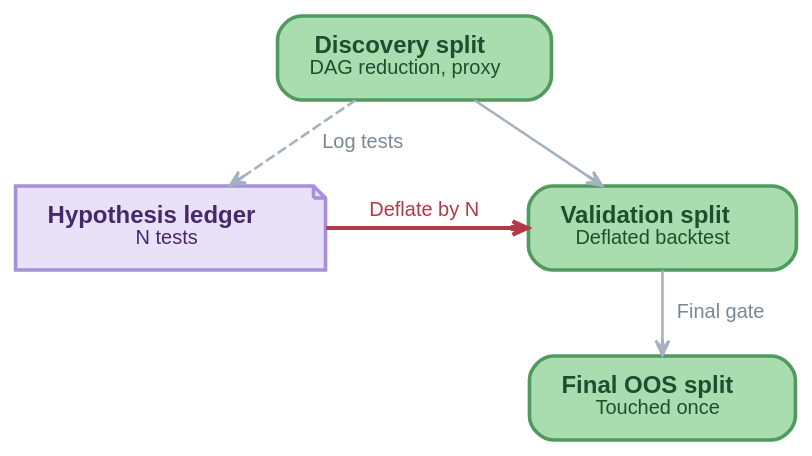
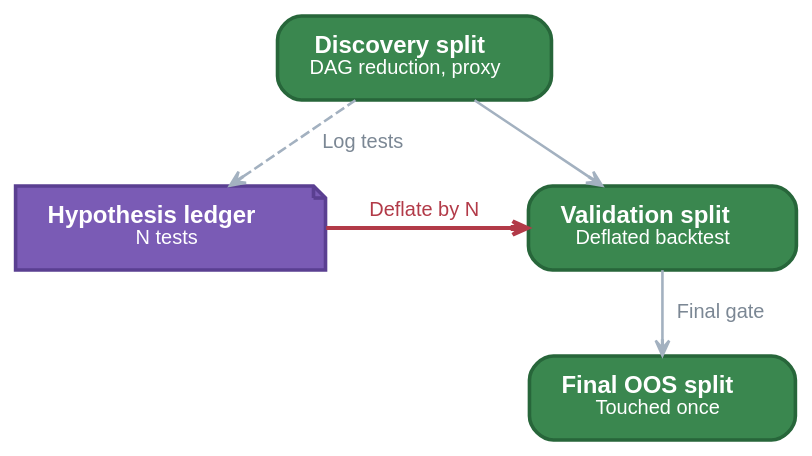
Diagram 14 of 15 in papers/Causal_Analysis_for_Finance/notes.slides.md (GokuHashira/gpsaggese.github.io), drawn with Graphviz before and after one commit. The commit also changed other lines of this file and 6 other files, not shown here.

````diff
--- a/papers/Causal_Analysis_for_Finance/notes.slides.md
+++ b/papers/Causal_Analysis_for_Finance/notes.slides.md
@@ -1446,47 +1511,47 @@
 ```graphviz[width=95%]
 digraph LedgerSplits {
   // data split : green | ledger : violet
   bgcolor="transparent";
   pad="0.15";
   splines=spline;
   nodesep=0.40;
   ranksep=0.45;
   rankdir=TB;
 
   node [shape=box,
         style="rounded,filled",
         penwidth=1.8,
         fontname="Helvetica",
         fontsize=12,
         margin="0.22,0.14",
         height=0.50];
 
   edge [color="#A3B1C0",
         penwidth=1.3,
         arrowhead=vee,
         arrowsize=0.75,
         fontname="Helvetica",
         fontsize=10,
         fontcolor="#7B8794"];
 
   Discovery  [label=<<b>Discovery split</b><br/><font point-size="10">DAG reduction, proxy</font>>,
-              fillcolor="#A9DDB0", color="#4F9A5C", fontcolor="#1F4E2E"];
+              fillcolor="#3A874F", color="#27663A", fontcolor="#FFFFFF"];
   Validation [label=<<b>Validation split</b><br/><font point-size="10">Deflated backtest</font>>,
-              fillcolor="#A9DDB0", color="#4F9A5C", fontcolor="#1F4E2E"];
+              fillcolor="#3A874F", color="#27663A", fontcolor="#FFFFFF"];
   FinalOos   [label=<<b>Final OOS split</b><br/><font point-size="10">Touched once</font>>,
-              fillcolor="#A9DDB0", color="#4F9A5C", fontcolor="#1F4E2E"];
+              fillcolor="#3A874F", color="#27663A", fontcolor="#FFFFFF"];
   Ledger     [label=<<b>Hypothesis ledger</b><br/><font point-size="10">N tests</font>>,
-              shape=note, fillcolor="#E9E1F7", color="#A88FD9", fontcolor="#45296B"];
+              shape=note, fillcolor="#7A5BB5", color="#5A3F91", fontcolor="#FFFFFF"];
 
   { rank=same; Validation; Ledger; }
 
   Discovery -> Validation;
   Validation -> FinalOos [label="  Final gate  "];
   Discovery -> Ledger [label="  Log tests  ", style=dashed];
   Ledger -> Validation [
     label="  Deflate by N  ",
     style=bold, penwidth=2.0,
     color="#B23A48", fontcolor="#B23A48"
   ];
 }
 ```
````
